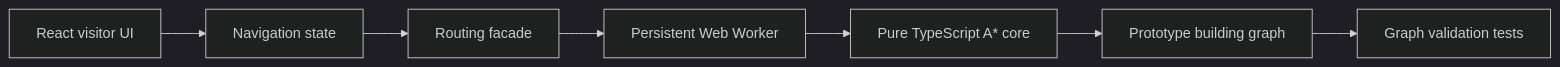
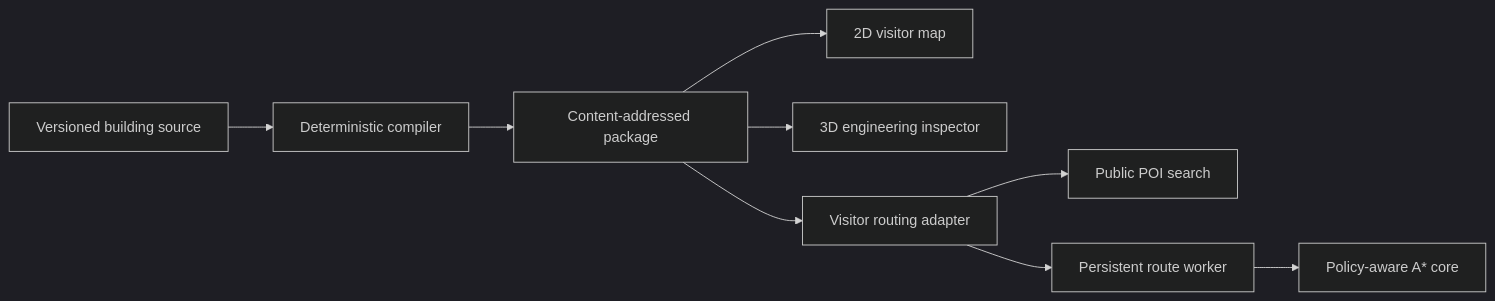
The diagram in README.md (SanishKumar/voicegis-indoor-ar), drawn with Mermaid (dark theme) before and after one commit. The commit also changed other lines of this file and 3 other files, not shown here.

````diff
--- a/README.md
+++ b/README.md
@@ -50,9 +53,11 @@
 ```mermaid
 flowchart LR
-  UI["React visitor UI"] --> State["Navigation state"]
-  State --> Facade["Routing facade"]
-  Facade --> Worker["Persistent Web Worker"]
-  Worker --> Core["Pure TypeScript A* core"]
-  Core --> Graph["Prototype building graph"]
-  Graph --> Validation["Graph validation tests"]
+  Source["Versioned building source"] --> Compiler["Deterministic compiler"]
+  Compiler --> Package["Content-addressed package"]
+  Package --> Map["2D visitor map"]
+  Package --> Twin["3D engineering inspector"]
+  Package --> Adapter["Visitor routing adapter"]
+  Adapter --> Search["Public POI search"]
+  Adapter --> Worker["Persistent route worker"]
+  Worker --> Core["Policy-aware A* core"]
 ```
````
